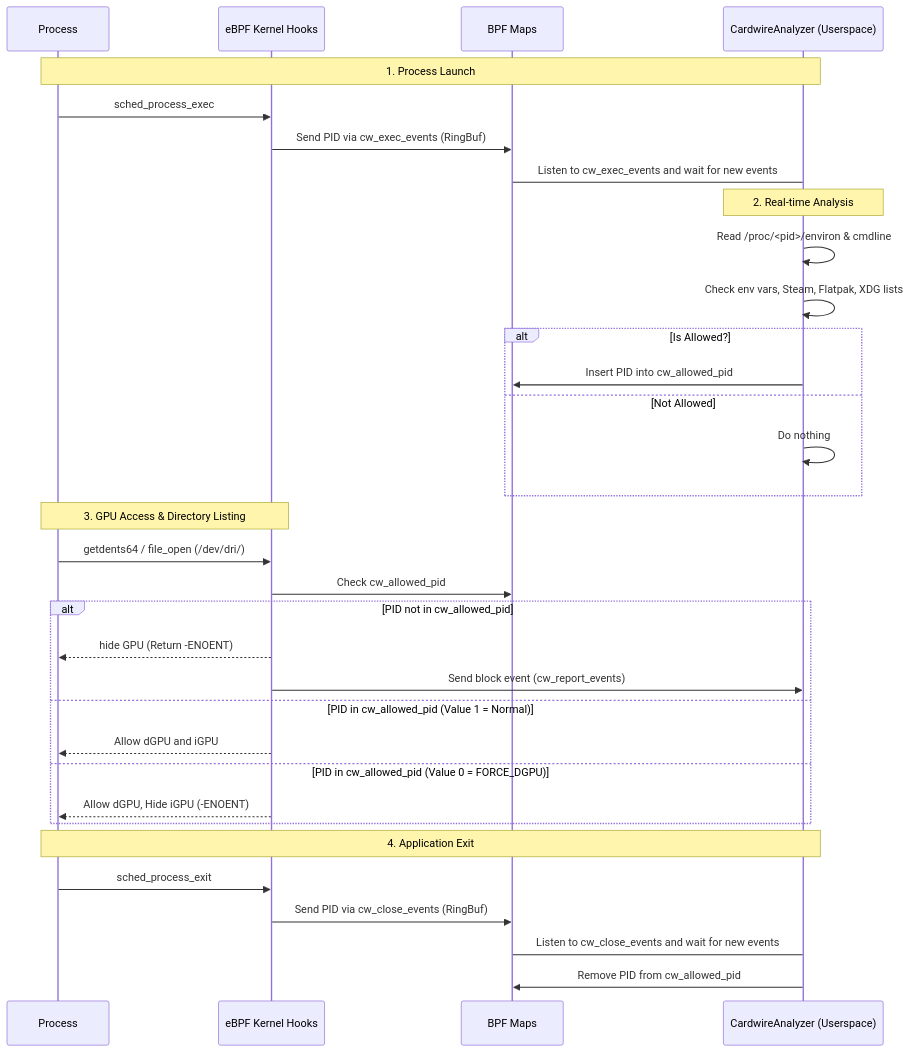
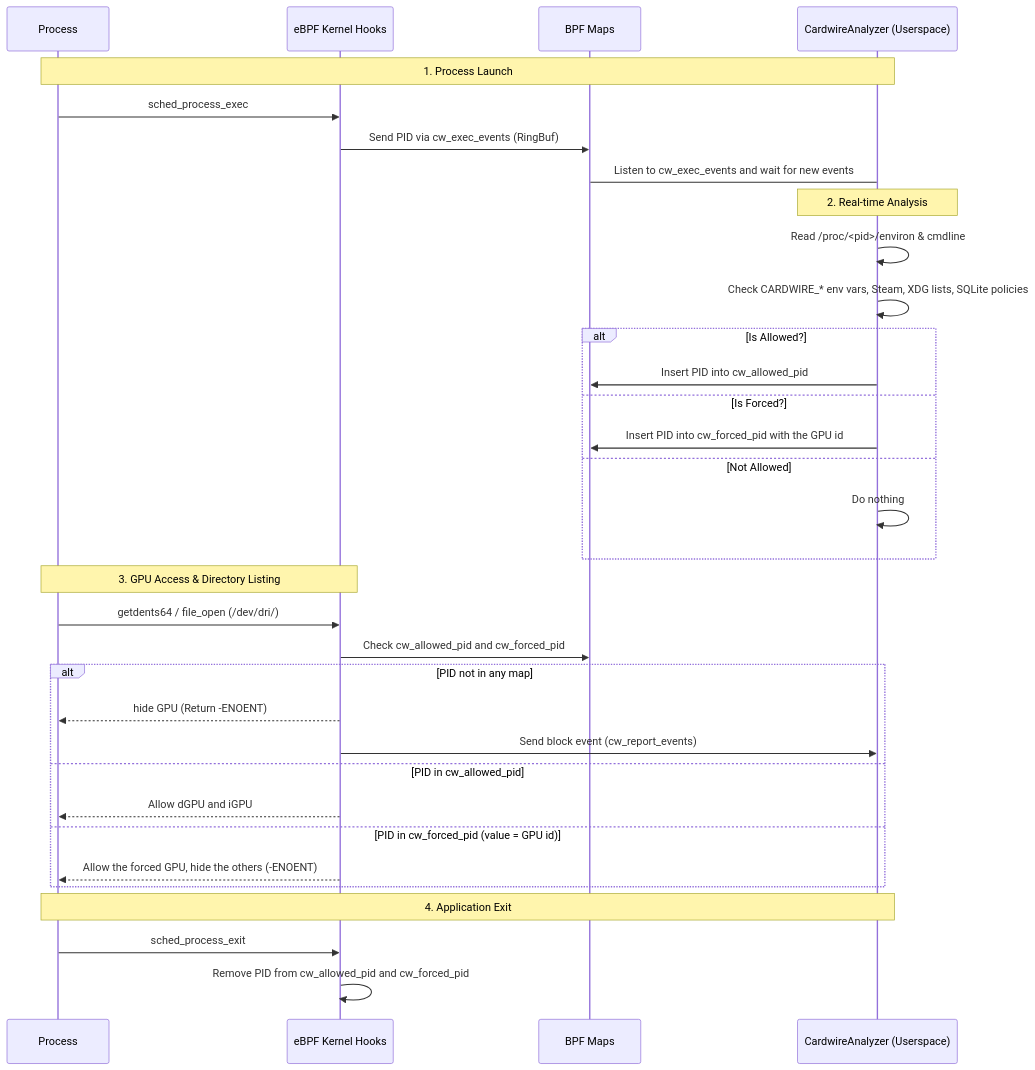
One commit to OpenGamingCollective/cardwire changed the diagram in docs/development/smart.md. Above: the diagram before and after it, drawn with Mermaid. The commit also changed other lines of this file and 22 other files, not shown here.

````diff
--- a/docs/development/smart.md
+++ b/docs/development/smart.md
@@ -29,41 +44,41 @@
 ```mermaid
 sequenceDiagram
     participant Proc as Process
     participant Kernel as eBPF Kernel Hooks
     participant Map as BPF Maps
     participant Daemon as CardwireAnalyzer (Userspace)
 
     Note over Proc,Daemon: 1. Process Launch
     Proc->>Kernel: sched_process_exec
     Kernel->>Map: Send PID via cw_exec_events (RingBuf)
     Map->Daemon: Listen to cw_exec_events and wait for new events
 
     Note over Daemon: 2. Real-time Analysis
     Daemon->>Daemon: Read /proc/<pid>/environ & cmdline
-    Daemon->>Daemon: Check env vars, Steam, Flatpak, XDG lists
+    Daemon->>Daemon: Check CARDWIRE_* env vars, Steam, XDG lists, SQLite policies
 
     alt Is Allowed?
         Daemon->>Map: Insert PID into cw_allowed_pid
+    else Is Forced?
+        Daemon->>Map: Insert PID into cw_forced_pid with the GPU id
     else Not Allowed
         Daemon->>Daemon: Do nothing
     end
 
     Note over Proc,Kernel: 3. GPU Access & Directory Listing
     Proc->>Kernel: getdents64 / file_open (/dev/dri/)
-    Kernel->>Map: Check cw_allowed_pid
+    Kernel->>Map: Check cw_allowed_pid and cw_forced_pid
 
-    alt PID not in cw_allowed_pid
+    alt PID not in any map
         Kernel-->>Proc: hide GPU (Return -ENOENT)
         Kernel->>Daemon: Send block event (cw_report_events)
-    else PID in cw_allowed_pid (Value 1 = Normal)
+    else PID in cw_allowed_pid
         Kernel-->>Proc: Allow dGPU and iGPU
-    else PID in cw_allowed_pid (Value 0 = FORCE_DGPU)
-        Kernel-->>Proc: Allow dGPU, Hide iGPU (-ENOENT)
+    else PID in cw_forced_pid (value = GPU id)
+        Kernel-->>Proc: Allow the forced GPU, hide the others (-ENOENT)
     end
 
     Note over Proc,Daemon: 4. Application Exit
     Proc->>Kernel: sched_process_exit
-    Kernel->>Map: Send PID via cw_close_events (RingBuf)
-    Map->Daemon: Listen to cw_close_events and wait for new events
-    Daemon->>Map: Remove PID from cw_allowed_pid
+    Kernel->>Kernel: Remove PID from cw_allowed_pid and cw_forced_pid
 ```
````
